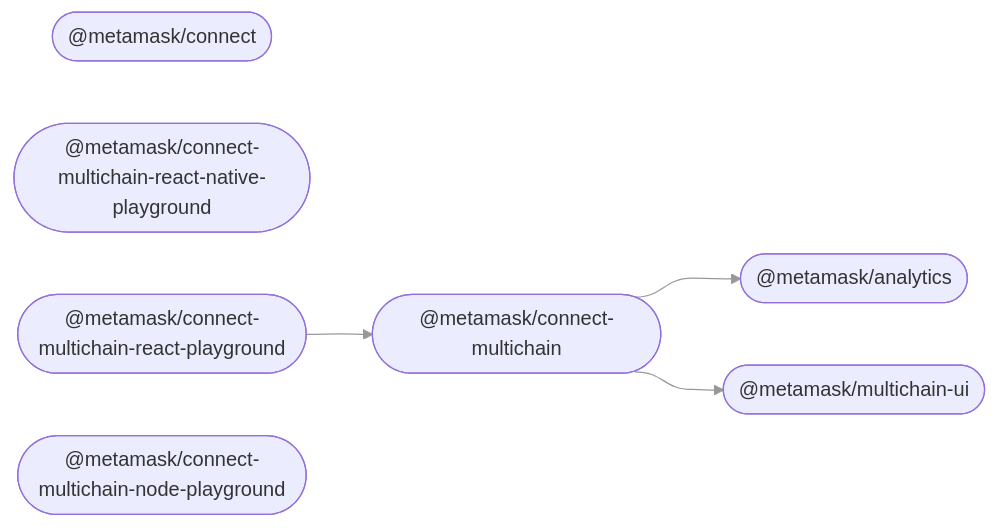
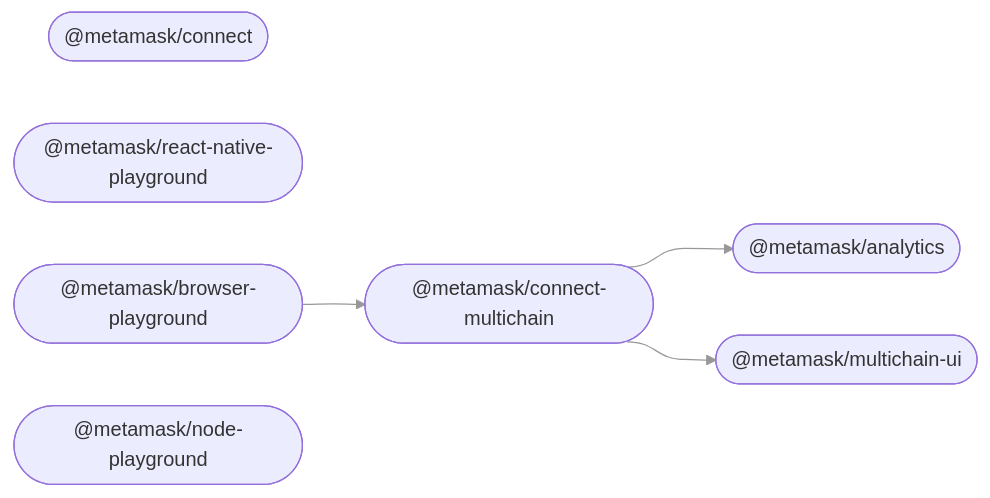
The diagram in README.md (MetaMask/connect-monorepo), drawn with Mermaid before and after one commit. The commit also changed other lines of this file and 87 other files, not shown here.

````diff
--- a/README.md
+++ b/README.md
@@ -31,15 +31,15 @@
 ```mermaid
 %%{ init: { 'flowchart': { 'curve': 'bumpX' } } }%%
 graph LR;
 linkStyle default opacity:0.5
   analytics(["@metamask/analytics"]);
   connect(["@metamask/connect"]);
   connect_multichain(["@metamask/connect-multichain"]);
-  multichain_react_native_playground(["@metamask/connect-multichain-react-native-playground"]);
+  react_native_playground(["@metamask/react-native-playground"]);
   multichain_ui(["@metamask/multichain-ui"]);
-  multichain_react_playground(["@metamask/connect-multichain-react-playground"]);
-  multichain_node_playground(["@metamask/connect-multichain-node-playground"]);
+  browser_playground(["@metamask/browser-playground"]);
+  node_playground(["@metamask/node-playground"]);
   connect_multichain --> analytics;
   connect_multichain --> multichain_ui;
-  multichain_react_playground --> connect_multichain;
+  browser_playground --> connect_multichain;
 ```
````
